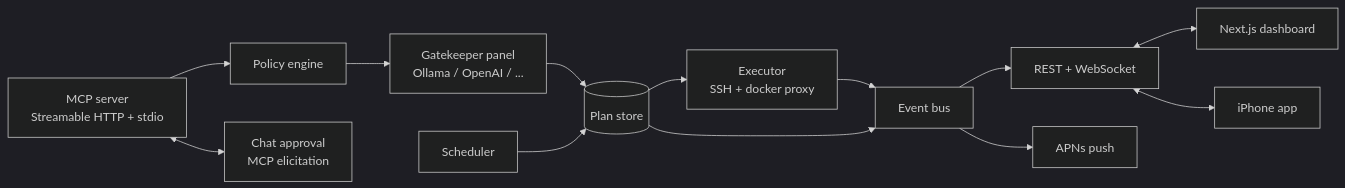
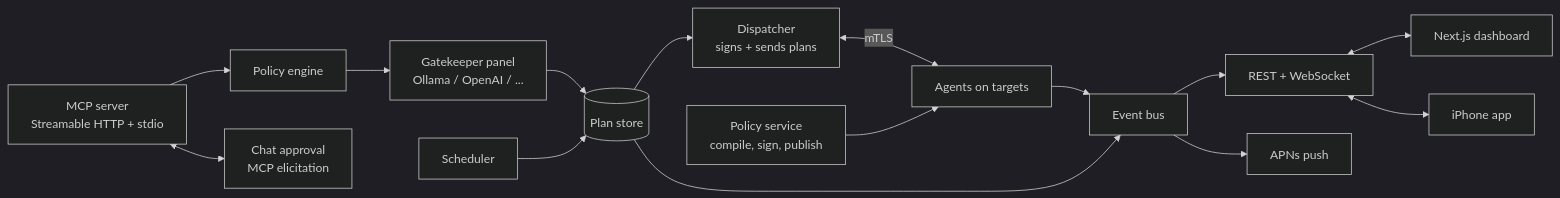
The second of 3 diagrams in README.md (janickssa/warden), drawn with Mermaid (dark theme) before and after one commit. The commit also changed other lines of this file, not shown here.

````diff
--- a/README.md
+++ b/README.md
@@ -113,14 +112,16 @@
 ```mermaid
 flowchart LR
     MCP[MCP server<br/>Streamable HTTP + stdio] --> POL[Policy engine]
     POL --> GK[Gatekeeper panel<br/>Ollama / OpenAI / ...]
     GK --> PS[(Plan store)]
-    PS --> EX[Executor<br/>SSH + docker proxy]
+    PS --> DISP[Dispatcher<br/>signs + sends plans]
+    DISP <-->|mTLS| AGT[Agents on targets]
+    POLS[Policy service<br/>compile, sign, publish] --> AGT
     SCH[Scheduler] --> PS
-    EX & PS --> BUS[Event bus]
+    AGT & PS --> BUS[Event bus]
     BUS --> API[REST + WebSocket]
     API <--> WEB[Next.js dashboard]
     API <--> IOS[iPhone app]
     BUS --> PUSH[APNs push]
     MCP <--> CHAT[Chat approval<br/>MCP elicitation]
 ```
````
